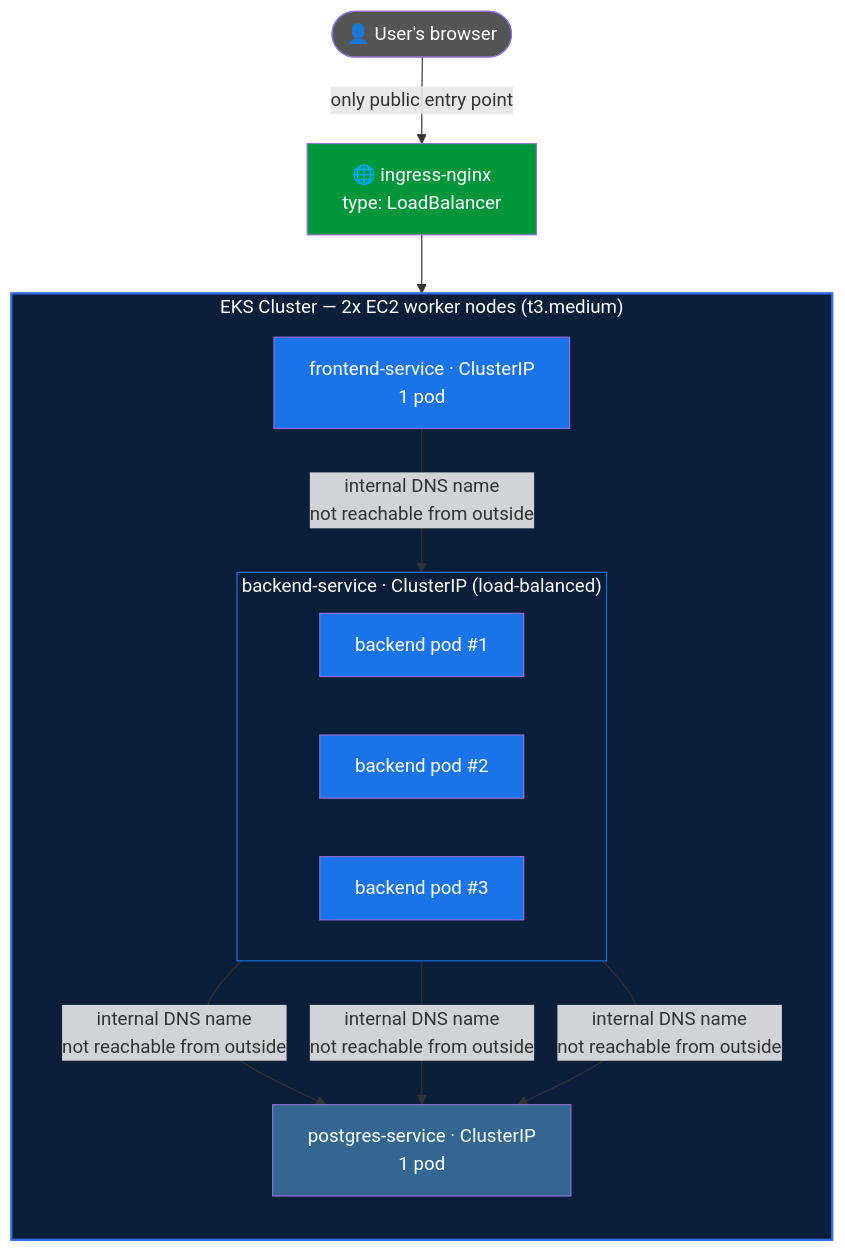
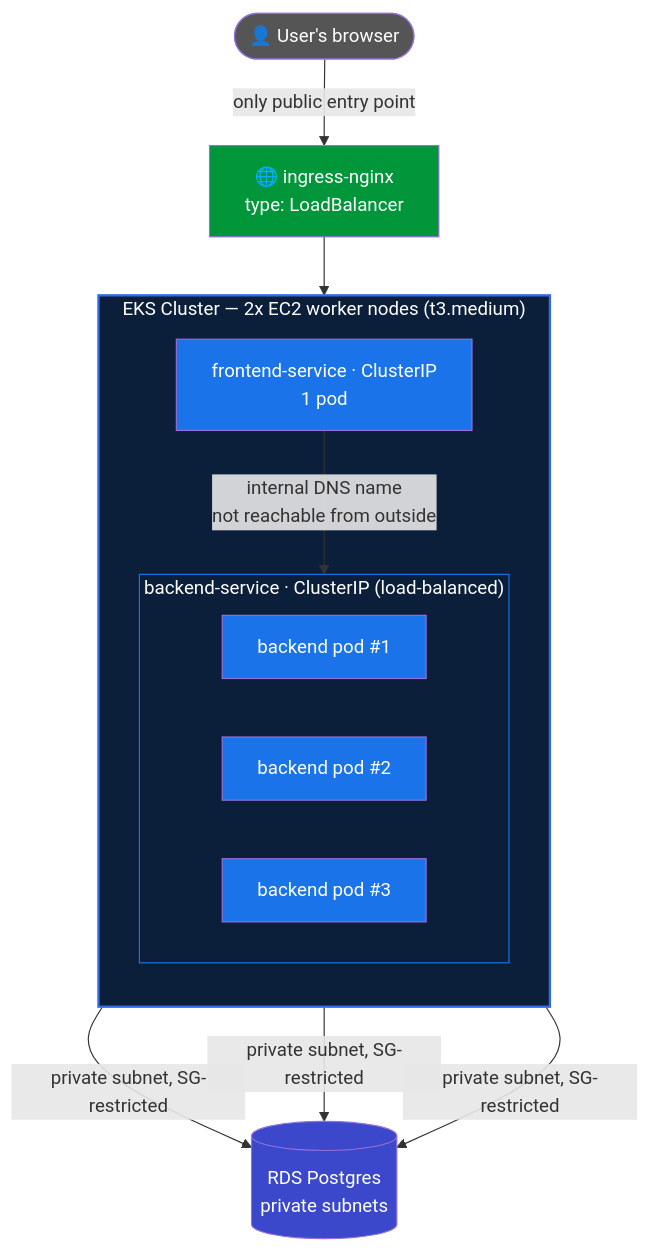
Before and after one commit to Ben-Sh7/aws-eks-cicd-pipeline: the second of 2 diagrams in HLD.md, drawn with Mermaid. The commit also changed other lines of this file and 27 other files, not shown here.

````diff
--- a/HLD.md
+++ b/HLD.md
@@ -29,34 +32,33 @@
 ```mermaid
 flowchart TD
     User(["👤 User's browser"]) -->|"only public entry point"| ING["🌐 ingress-nginx<br/>type: LoadBalancer"]
 
     subgraph EKS["EKS Cluster — 2x EC2 worker nodes (t3.medium)"]
         direction TB
         FE["frontend-service · ClusterIP<br/>1 pod"]
 
         subgraph BESVC["backend-service · ClusterIP (load-balanced)"]
             direction LR
             BE1["backend pod #1"]
             BE2["backend pod #2"]
             BE3["backend pod #3"]
         end
 
-        DB["postgres-service · ClusterIP<br/>1 pod"]
+        FE -->|"internal DNS name<br/>not reachable from outside"| BESVC
+    end
 
-        FE -->|"internal DNS name<br/>not reachable from outside"| BESVC
-        BE1 & BE2 & BE3 -->|"internal DNS name<br/>not reachable from outside"| DB
-    end
+    BE1 & BE2 & BE3 -->|"private subnet, SG-restricted"| DB[("RDS Postgres<br/>private subnets")]
 
     ING --> FE
 
     classDef public fill:#009639,color:#fff
     classDef internal fill:#1a73e8,color:#fff
-    classDef db fill:#336791,color:#fff
+    classDef db fill:#3b48cc,color:#fff
     classDef user fill:#555,color:#fff
     class ING public
     class FE,BE1,BE2,BE3 internal
     class DB db
     class User user
     style EKS fill:#0b1f3a,color:#fff,stroke:#326ce5,stroke-width:2px
     style BESVC fill:#0b1f3a,color:#fff,stroke:#1a73e8,stroke-width:1px
 ```
````
